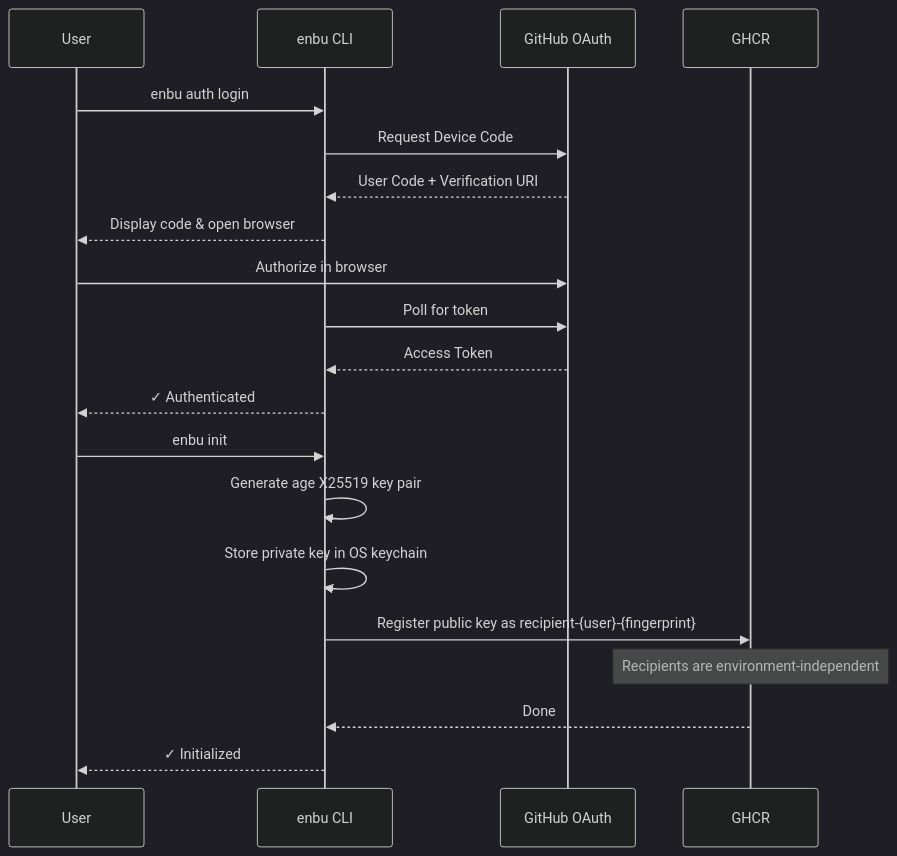
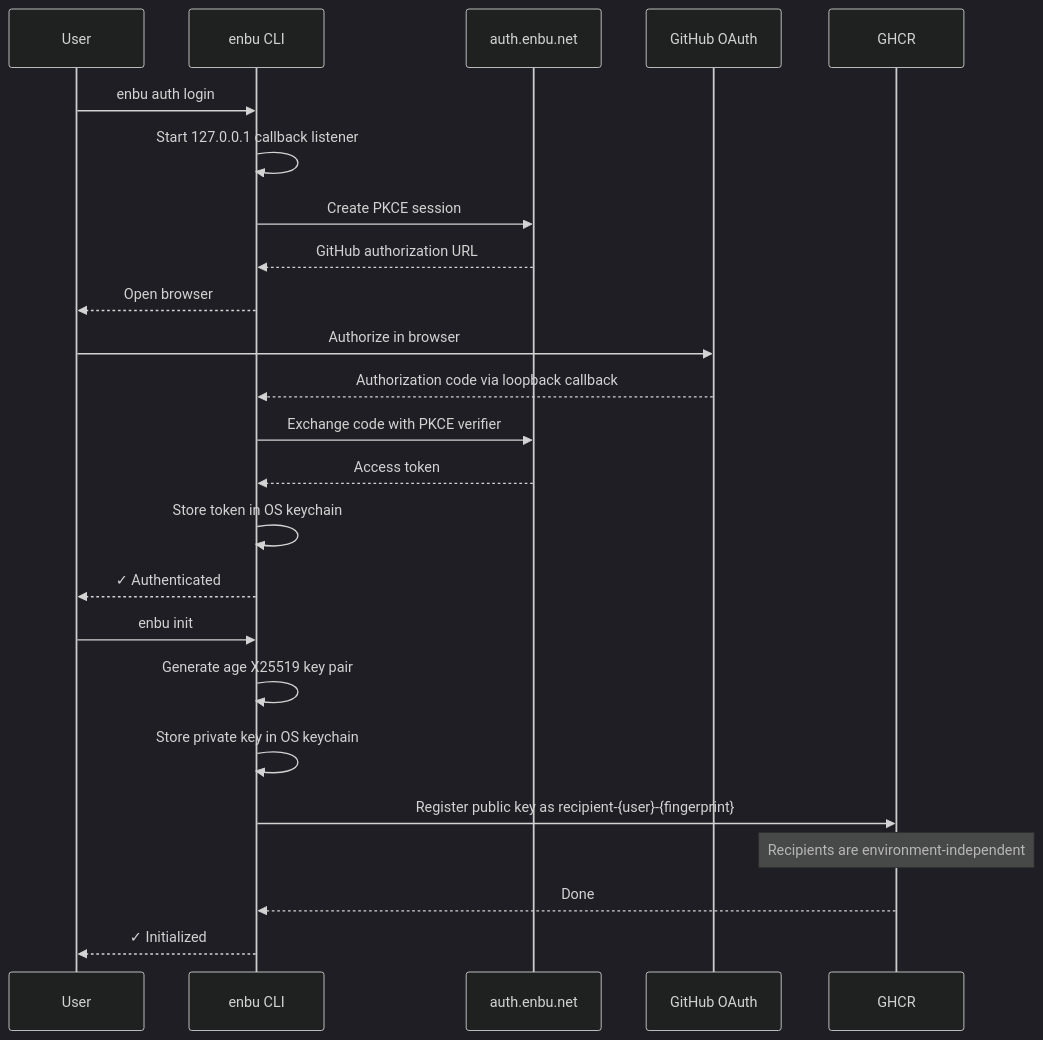
Before and after one commit to yashikota/enbu: the first of 3 diagrams in README.md, drawn with Mermaid (dark theme). The commit also changed 28 other files, not shown here.

Commit message:
Migrate GitHub authentication to OAuth code flow (#36)

````diff
--- a/README.md
+++ b/README.md
@@ -158,24 +158,28 @@
 ```mermaid
 sequenceDiagram
     participant User
     participant CLI as enbu CLI
+    participant Auth as auth.enbu.net
     participant GitHub as GitHub OAuth
     participant GHCR
 
     User->>CLI: enbu auth login
-    CLI->>GitHub: Request Device Code
-    GitHub-->>CLI: User Code + Verification URI
-    CLI-->>User: Display code & open browser
+    CLI->>CLI: Start 127.0.0.1 callback listener
+    CLI->>Auth: Create PKCE session
+    Auth-->>CLI: GitHub authorization URL
+    CLI-->>User: Open browser
     User->>GitHub: Authorize in browser
-    CLI->>GitHub: Poll for token
-    GitHub-->>CLI: Access Token
+    GitHub-->>CLI: Authorization code via loopback callback
+    CLI->>Auth: Exchange code with PKCE verifier
+    Auth-->>CLI: Access token
+    CLI->>CLI: Store token in OS keychain
     CLI-->>User: ✓ Authenticated
 
     User->>CLI: enbu init
     CLI->>CLI: Generate age X25519 key pair
     CLI->>CLI: Store private key in OS keychain
     CLI->>GHCR: Register public key as recipient-{user}-{fingerprint}
     Note over GHCR: Recipients are environment-independent
     GHCR-->>CLI: Done
     CLI-->>User: ✓ Initialized
 ```
````
